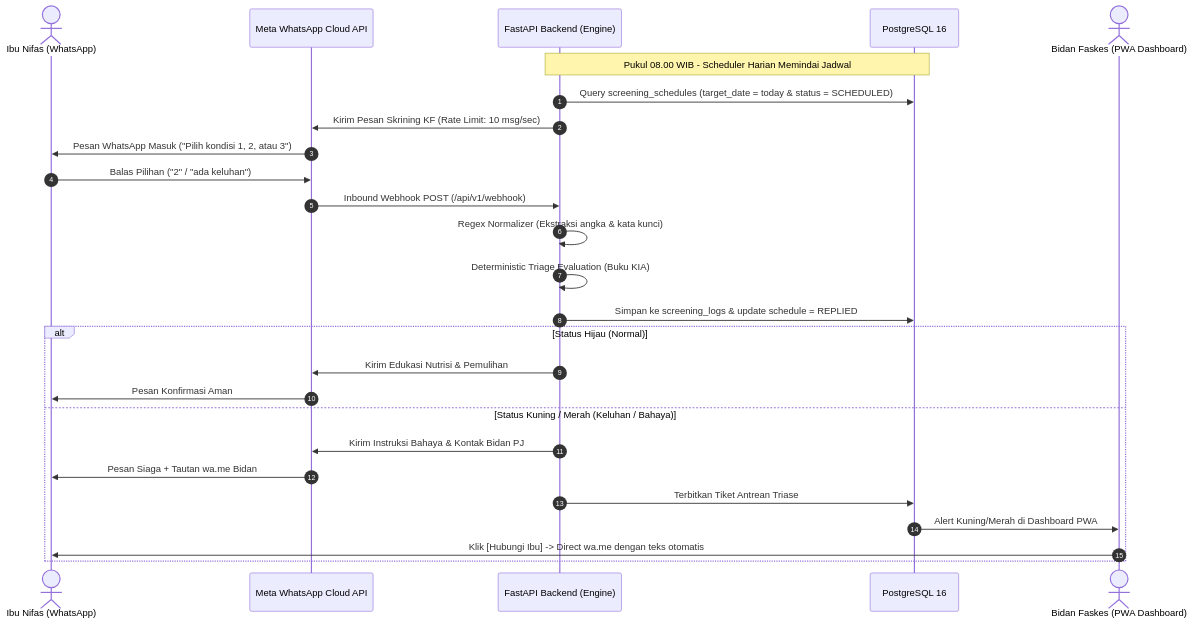
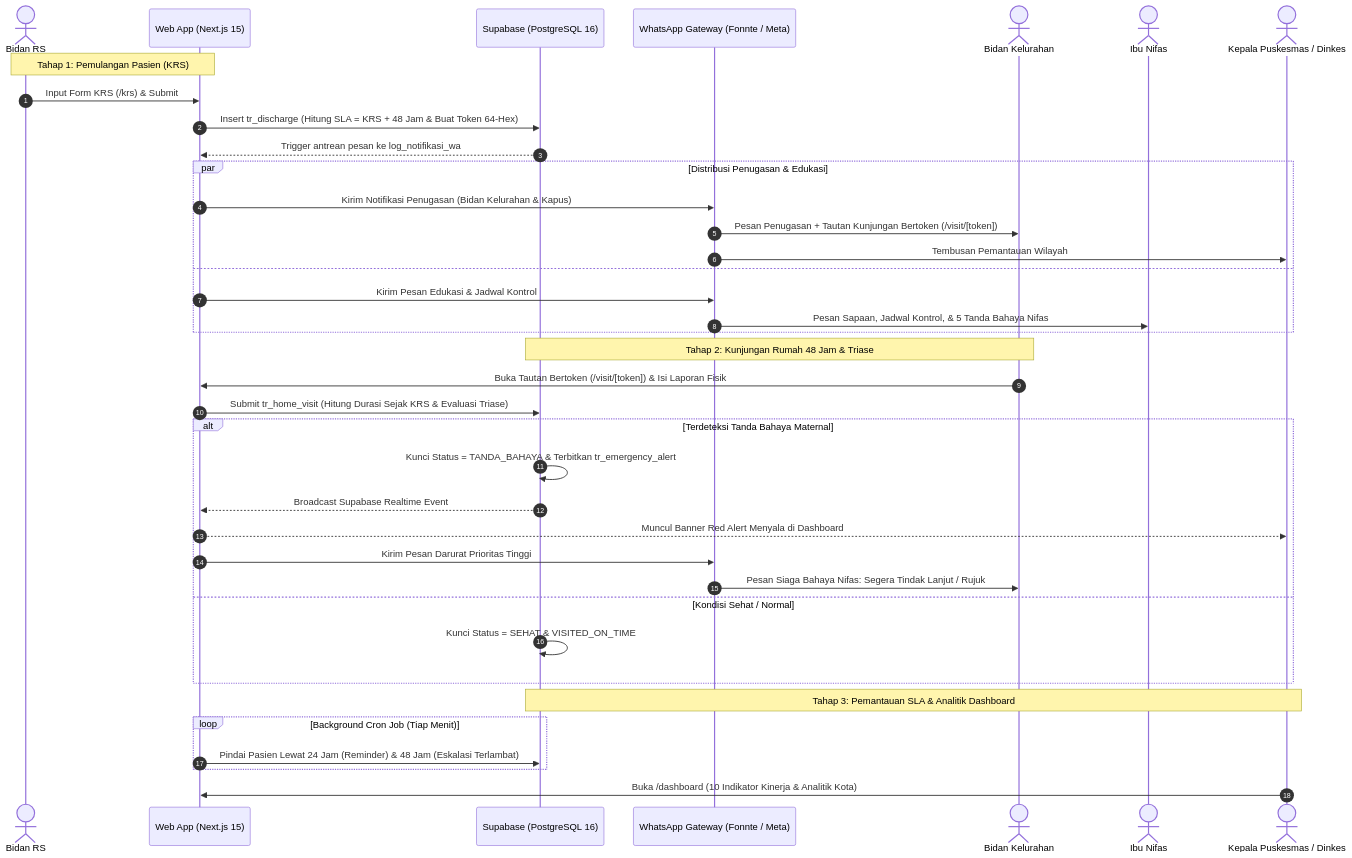
The diagram in README.md (Primarizki21/monitoring-ibu-nifas), drawn with Mermaid before and after one commit. The commit also changed other lines of this file, not shown here.

Commit message:
docs: perbarui readme sistem monitoring nifas surabaya

````diff
--- a/README.md
+++ b/README.md
@@ -50,32 +52,45 @@
 ```mermaid
 sequenceDiagram
     autonumber
-    actor Ibu as Ibu Nifas (WhatsApp)
-    participant Meta as Meta WhatsApp Cloud API
-    participant API as FastAPI Backend (Engine)
-    participant DB as PostgreSQL 16
-    actor Bidan as Bidan Faskes (PWA Dashboard)
+    actor BidanRS as Bidan RS
+    participant Web as Web App (Next.js 15)
+    participant DB as Supabase (PostgreSQL 16)
+    participant WA as WhatsApp Gateway (Fonnte / Meta)
+    actor BidanKel as Bidan Kelurahan
+    actor Ibu as Ibu Nifas
+    actor Kapus as Kepala Puskesmas / Dinkes
 
-    Note over API,DB: Pukul 08.00 WIB - Scheduler Harian Memindai Jadwal
-    API->>DB: Query screening_schedules (target_date = today & status = SCHEDULED)
-    API->>Meta: Kirim Pesan Skrining KF (Rate Limit: 10 msg/sec)
-    Meta->>Ibu: Pesan WhatsApp Masuk ("Pilih kondisi 1, 2, atau 3")
+    Note over BidanRS,Web: Tahap 1: Pemulangan Pasien (KRS)
+    BidanRS->>Web: Input Form KRS (/krs) & Submit
+    Web->>DB: Insert tr_discharge (Hitung SLA = KRS + 48 Jam & Buat Token 64-Hex)
+    DB-->>Web: Trigger antrean pesan ke log_notifikasi_wa
+
+    par Distribusi Penugasan & Edukasi
+        Web->>WA: Kirim Notifikasi Penugasan (Bidan Kelurahan & Kapus)
+        WA->>BidanKel: Pesan Penugasan + Tautan Kunjungan Bertoken (/visit/[token])
+        WA->>Kapus: Tembusan Pemantauan Wilayah
+    and
+        Web->>WA: Kirim Pesan Edukasi & Jadwal Kontrol
+        WA->>Ibu: Pesan Sapaan, Jadwal Kontrol, & 5 Tanda Bahaya Nifas
+    end
+
+    Note over BidanKel,DB: Tahap 2: Kunjungan Rumah 48 Jam & Triase
+    BidanKel->>Web: Buka Tautan Bertoken (/visit/[token]) & Isi Laporan Fisik
+    Web->>DB: Submit tr_home_visit (Hitung Durasi Sejak KRS & Evaluasi Triase)
     
-    Ibu->>Meta: Balas Pilihan ("2" / "ada keluhan")
-    Meta->>API: Inbound Webhook POST (/api/v1/webhook)
-    
-    API->>API: Regex Normalizer (Ekstraksi angka & kata kunci)
-    API->>API: Deterministic Triage Evaluation (Buku KIA)
-    API->>DB: Simpan ke screening_logs & update schedule = REPLIED
-    
-    alt Status Hijau (Normal)
-        API->>Meta: Kirim Edukasi Nutrisi & Pemulihan
-        Meta->>Ibu: Pesan Konfirmasi Aman
-    else Status Kuning / Merah (Keluhan / Bahaya)
-        API->>Meta: Kirim Instruksi Bahaya & Kontak Bidan PJ
-        Meta->>Ibu: Pesan Siaga + Tautan wa.me Bidan
-        API->>DB: Terbitkan Tiket Antrean Triase
-        DB->>Bidan: Alert Kuning/Merah di Dashboard PWA
-        Bidan->>Ibu: Klik [Hubungi Ibu] -> Direct wa.me dengan teks otomatis
+    alt Terdeteksi Tanda Bahaya Maternal
+        DB->>DB: Kunci Status = TANDA_BAHAYA & Terbitkan tr_emergency_alert
+        DB-->>Web: Broadcast Supabase Realtime Event
+        Web-->>Kapus: Muncul Banner Red Alert Menyala di Dashboard
+        Web->>WA: Kirim Pesan Darurat Prioritas Tinggi
+        WA->>BidanKel: Pesan Siaga Bahaya Nifas: Segera Tindak Lanjut / Rujuk
+    else Kondisi Sehat / Normal
+        DB->>DB: Kunci Status = SEHAT & VISITED_ON_TIME
     end
+
+    Note over DB,Kapus: Tahap 3: Pemantauan SLA & Analitik Dashboard
+    loop Background Cron Job (Tiap Menit)
+        Web->>DB: Pindai Pasien Lewat 24 Jam (Reminder) & 48 Jam (Eskalasi Terlambat)
+    end
+    Kapus->>Web: Buka /dashboard (10 Indikator Kinerja & Analitik Kota)
 ```
````
